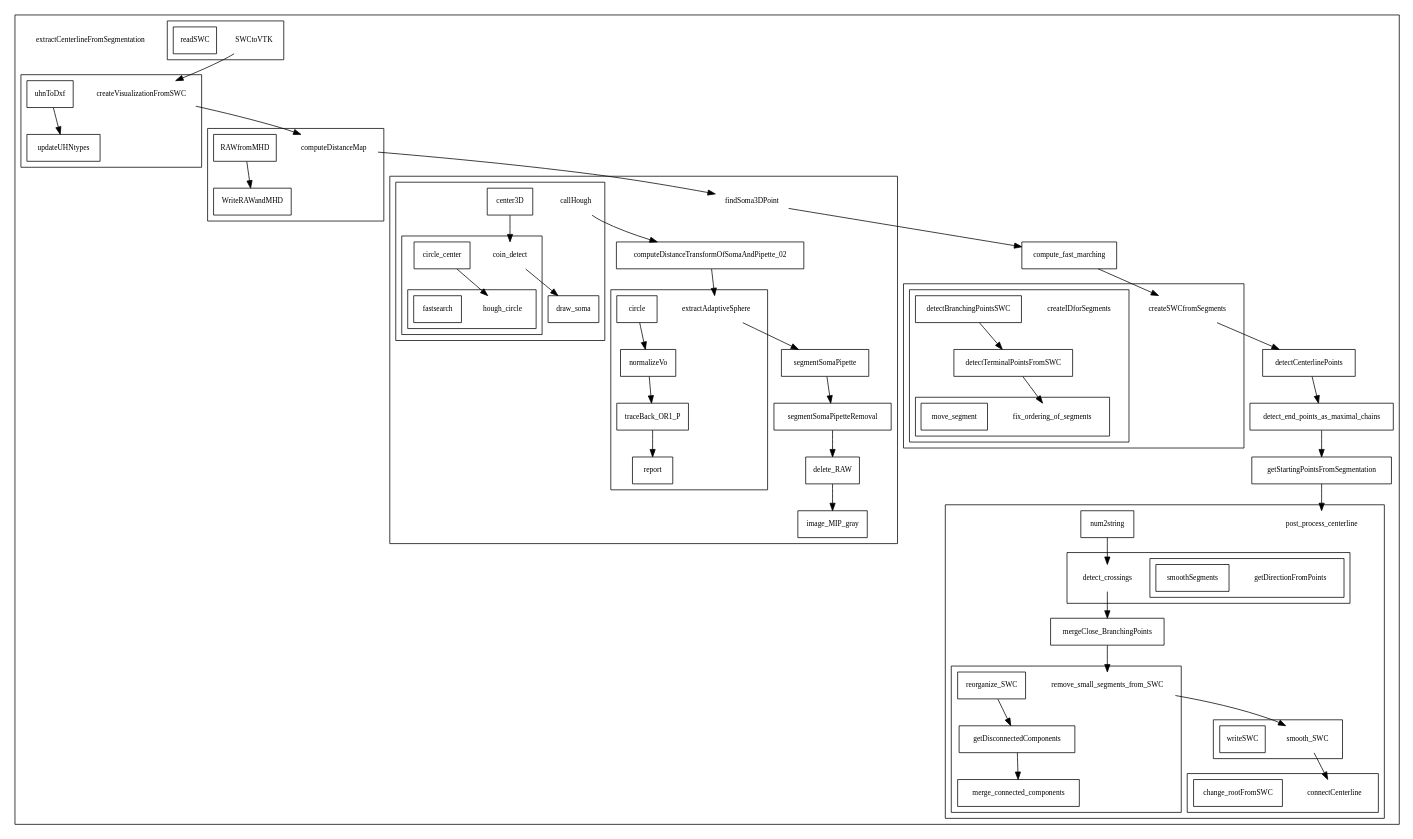
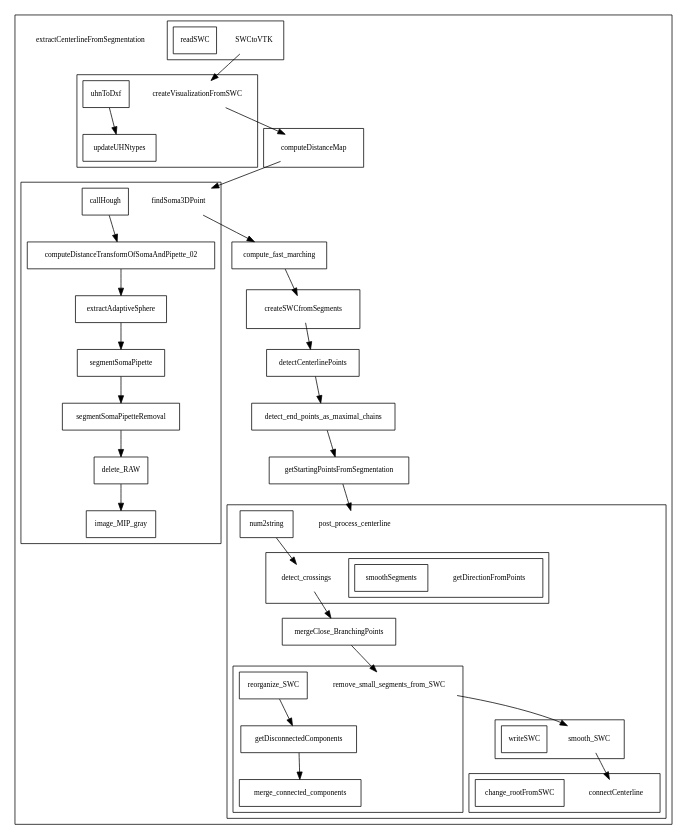
One commit to CBL-ORION/orion-zmughal-ms-thesis changed the diagram in gfx/matlab-call-graph/tracing.dot. Above: the diagram before and after it, drawn with Graphviz. The commit also changed 8 other files, not shown here.

```diff
--- a/gfx/matlab-call-graph/tracing.dot
+++ b/gfx/matlab-call-graph/tracing.dot
@@ -1,122 +1,122 @@
 digraph Registration {
 	graph [fontsize=10 fontname="Verdana" compound=true];
 	node [shape=rect fontsize=10 fontname="Verdana"];
 
 	subgraph cluster_extractCenterlineFromSegmentation {
 		extractCenterlineFromSegmentation [shape=none]; label = "";
 		SWCtoVTK ->
 		createVisualizationFromSWC ->
 		computeDistanceMap ->
 		findSoma3DPoint ->
 		compute_fast_marching ->
 		createSWCfromSegments ->
 		detectCenterlinePoints ->
 		detect_end_points_as_maximal_chains ->
 		getStartingPointsFromSegmentation ->
 		post_process_centerline
 
 		subgraph cluster_SWCtoVTK {
 			SWCtoVTK [shape=none]; label = "";
 			readSWC
 		}
 		subgraph cluster_createVisualizationFromSWC {
 			createVisualizationFromSWC [shape=none]; label = "";
 			uhnToDxf ->
 			updateUHNtypes
 		}
 		subgraph cluster_computeDistanceMap {
 			computeDistanceMap [shape=none]; label = "";
-			RAWfromMHD ->
-			WriteRAWandMHD
+			/*RAWfromMHD ->
+			WriteRAWandMHD*/
 		}
 		subgraph cluster_findSoma3DPoint {
 			findSoma3DPoint [shape=none]; label = "";
 			callHough ->
 			computeDistanceTransformOfSomaAndPipette_02 ->
 			extractAdaptiveSphere ->
 			segmentSomaPipette ->
 			segmentSomaPipetteRemoval ->
 			delete_RAW ->
 			image_MIP_gray
 
 
-			subgraph cluster_callHough {
+			/*subgraph cluster_callHough {
 				callHough [shape=none]; label = "";
 				center3D ->
 				coin_detect ->
 				draw_soma
 
 				subgraph cluster_coin_detect {
 					coin_detect [shape=none]; label = "";
 					circle_center ->
 					hough_circle
 
 					subgraph cluster_hough_circle {
 						hough_circle [shape=none]; label = "";
 						fastsearch
 					}
 				}
-			}
+			}*/
 
-			subgraph cluster_extractAdaptiveSphere {
+			/*subgraph cluster_extractAdaptiveSphere {
 				extractAdaptiveSphere [shape=none]; label = "";
 				circle ->
 				normalizeVo ->
 				traceBack_OR1_P ->
 				report
-			}
+			}*/
 		}
 
 		subgraph cluster_createSWCfromSegments {
 			createSWCfromSegments [shape=none]; label = "";
-			subgraph cluster_createIDforSegments {
+			/*subgraph cluster_createIDforSegments {
 				createIDforSegments [shape=none]; label = "";
 				detectBranchingPointsSWC ->
 				detectTerminalPointsFromSWC ->
 				fix_ordering_of_segments
 
 				subgraph cluster_fix_ordering_of_segments {
 					fix_ordering_of_segments [shape=none]; label = "";
 					move_segment
 				}
-			}
+			}*/
 
 		}
 		subgraph cluster_post_process_centerline {
 			post_process_centerline [shape=none]; label = "";
 			num2string ->
 			detect_crossings ->
 			mergeClose_BranchingPoints ->
 			remove_small_segments_from_SWC ->
 			smooth_SWC ->
 			connectCenterline
 
 			subgraph cluster_detect_crossings {
 				detect_crossings [shape=none]; label = "";
 				subgraph cluster_getDirectionFromPoints {
 					getDirectionFromPoints [shape=none]; label = "";
 					smoothSegments
 				}
 			}
 			subgraph cluster_remove_small_segments_from_SWC {
 				remove_small_segments_from_SWC [shape=none]; label = "";
 				reorganize_SWC ->
 					getDisconnectedComponents ->
 					merge_connected_components
 			}
 			subgraph cluster_smooth_SWC {
 				smooth_SWC [shape=none]; label = "";
 				writeSWC
 			}
 			subgraph cluster_connectCenterline {
 				connectCenterline [shape=none]; label = "";
 				change_rootFromSWC
 			}
 		}
 	}
 }
 /*
 	subgraph cluster_ {
 		[shape=none]; label = "";
 	}
 */
```
